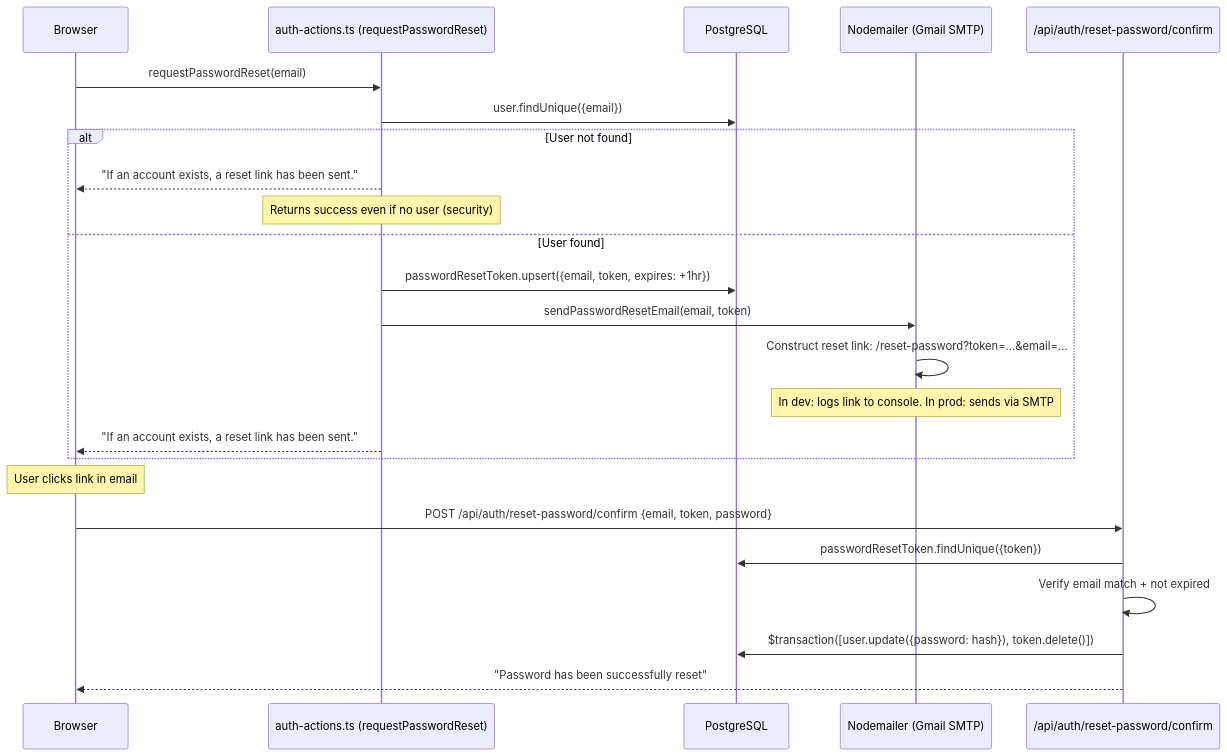
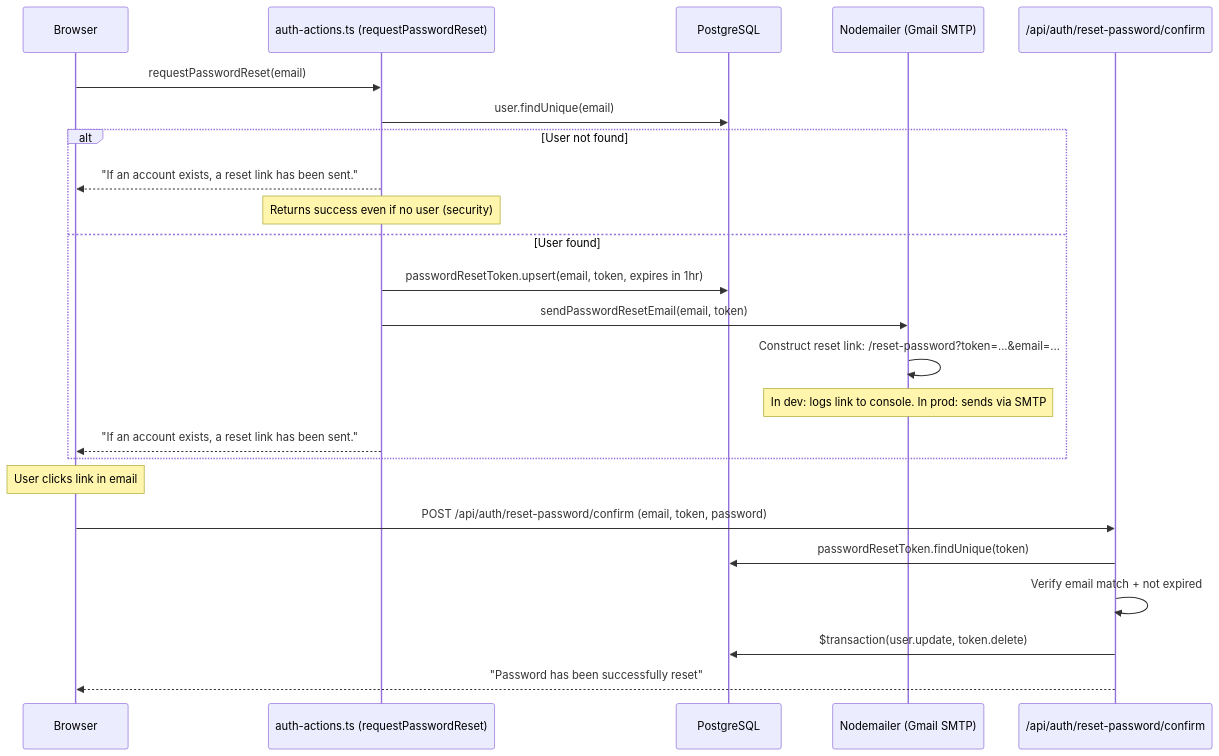
One commit to asefahmed500/Smart-Task-App_IIT_DU_Final_Project changed the fifth of 7 diagrams in docs/02-authentication.md. Above: the diagram before and after it, drawn with Mermaid. The commit also changed other lines of this file and 9 other files, not shown here.

Commit message:
fix: update AGENTS.md with Vercel deployment notes and additional mermaid cleanups

````diff
--- a/docs/02-authentication.md
+++ b/docs/02-authentication.md
@@ -204,30 +204,30 @@
 ```mermaid
 sequenceDiagram
     participant Browser
     participant Action as auth-actions.ts (requestPasswordReset)
     participant DB as PostgreSQL
     participant Mailer as Nodemailer (Gmail SMTP)
     participant API as /api/auth/reset-password/confirm
 
     Browser->>Action: requestPasswordReset(email)
-    Action->>DB: user.findUnique({email})
+    Action->>DB: user.findUnique(email)
 
     alt User not found
         Action-->>Browser: "If an account exists, a reset link has been sent."
         Note over Action: Returns success even if no user (security)
     else User found
-        Action->>DB: passwordResetToken.upsert({email, token, expires: +1hr})
+        Action->>DB: passwordResetToken.upsert(email, token, expires in 1hr)
         Action->>Mailer: sendPasswordResetEmail(email, token)
         Mailer->>Mailer: Construct reset link: /reset-password?token=...&email=...
         Note over Mailer: In dev: logs link to console. In prod: sends via SMTP
         Action-->>Browser: "If an account exists, a reset link has been sent."
     end
 
     Note over Browser: User clicks link in email
 
-    Browser->>API: POST /api/auth/reset-password/confirm {email, token, password}
-    API->>DB: passwordResetToken.findUnique({token})
+    Browser->>API: POST /api/auth/reset-password/confirm (email, token, password)
+    API->>DB: passwordResetToken.findUnique(token)
     API->>API: Verify email match + not expired
-    API->>DB: $transaction([user.update({password: hash}), token.delete()])
+    API->>DB: $transaction(user.update, token.delete)
     API-->>Browser: "Password has been successfully reset"
 ```
````
